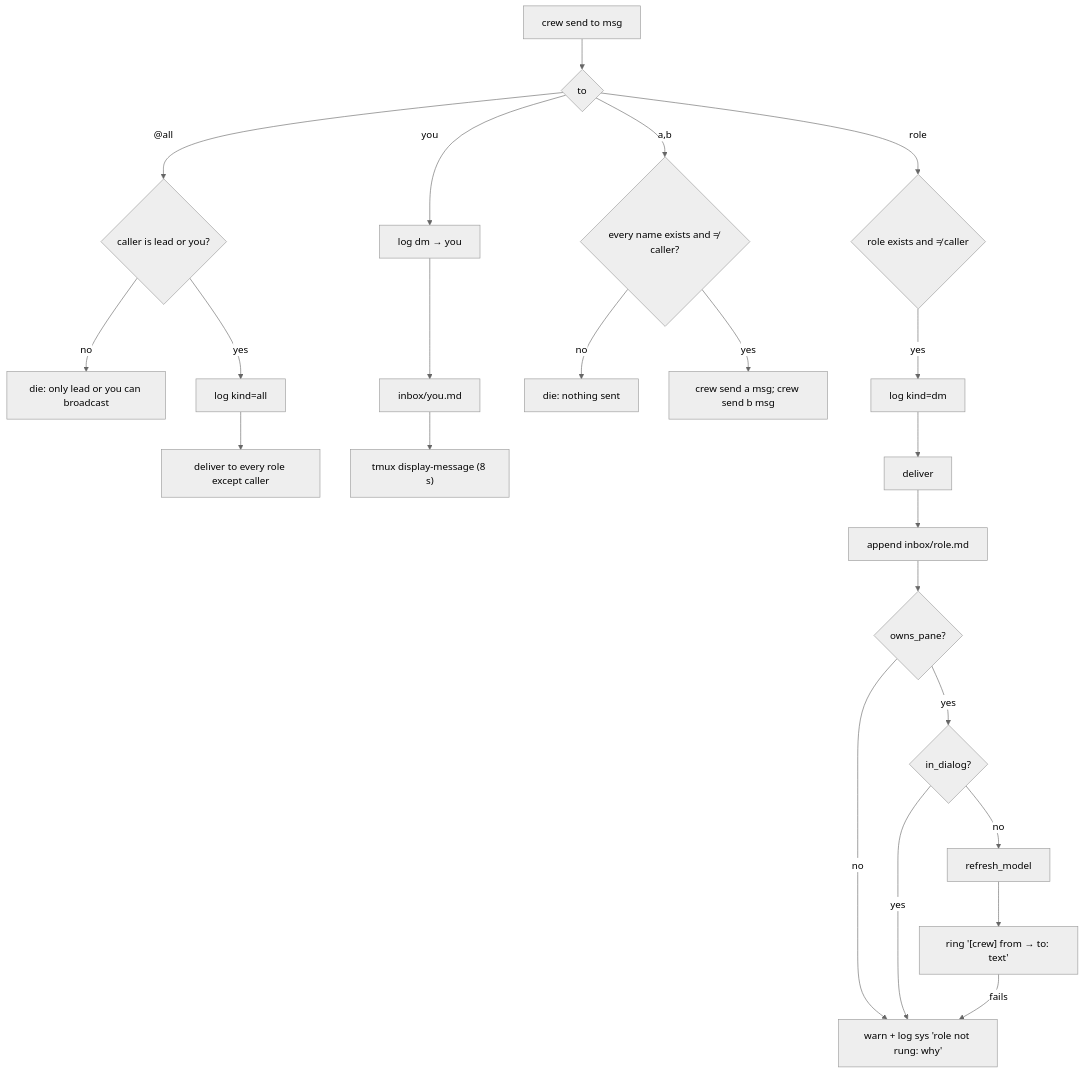
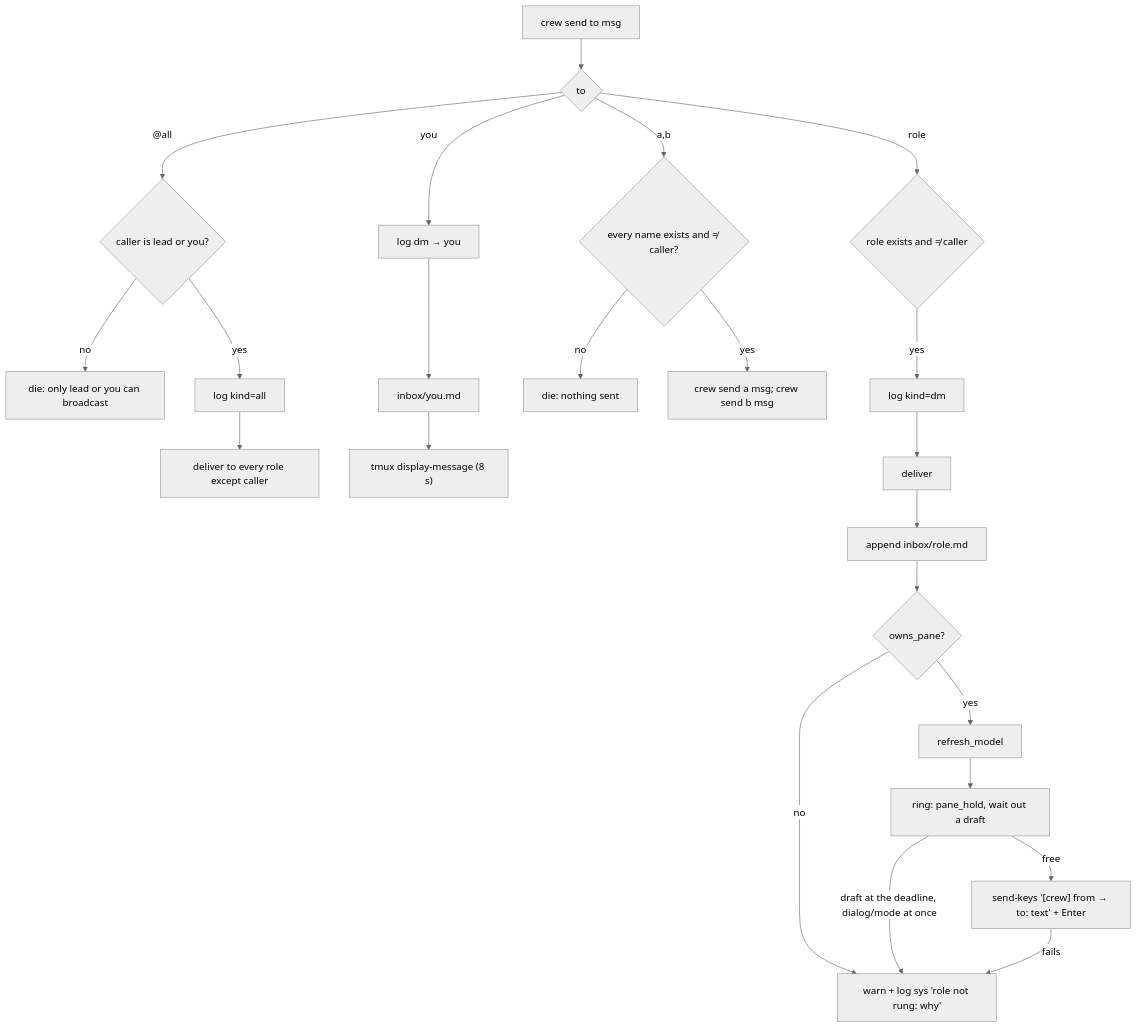
One commit to mifwar/crew changed the first of 3 diagrams in lode/cli/messaging.md. Above: the diagram before and after it, drawn with Mermaid (neutral theme). The commit also changed other lines of this file and 14 other files, not shown here.

First line of the commit message:
Merge pull request #9 from mifwar/fix/ring-hold

````diff
--- a/lode/cli/messaging.md
+++ b/lode/cli/messaging.md
@@ -5,19 +5,19 @@
 ```mermaid
 flowchart TD
   s[crew send to msg] --> who{to}
   who -- "@all" --> perm{caller is lead or you?}
   perm -- no --> die[die: only lead or you can broadcast]
   perm -- yes --> logall[log kind=all] --> each["deliver to every role except caller"]
   who -- you --> logyou[log dm → you] --> youinbox[inbox/you.md] --> disp["tmux display-message (8 s)"]
   who -- "a,b" --> all{every name exists and ≠ caller?}
   all -- no --> die2[die: nothing sent]
   all -- yes --> each2["crew send a msg; crew send b msg"]
   who -- role --> check{role exists and ≠ caller}
   check -- yes --> logdm[log kind=dm] --> dl[deliver]
   dl --> inbox[append inbox/role.md] --> own{owns_pane?}
   own -- no --> notrung["warn + log sys 'role not rung: why'"]
-  own -- yes --> dlg{in_dialog?}
-  dlg -- yes --> notrung
-  dlg -- no --> model[refresh_model] --> ring["ring '[crew] from → to: text'"]
+  own -- yes --> model[refresh_model] --> busy["ring: pane_hold, wait out a draft"]
+  busy -- "draft at the deadline, dialog/mode at once" --> notrung
+  busy -- free --> ring["send-keys '[crew] from → to: text' + Enter"]
   ring -- fails --> notrung
 ```
````
